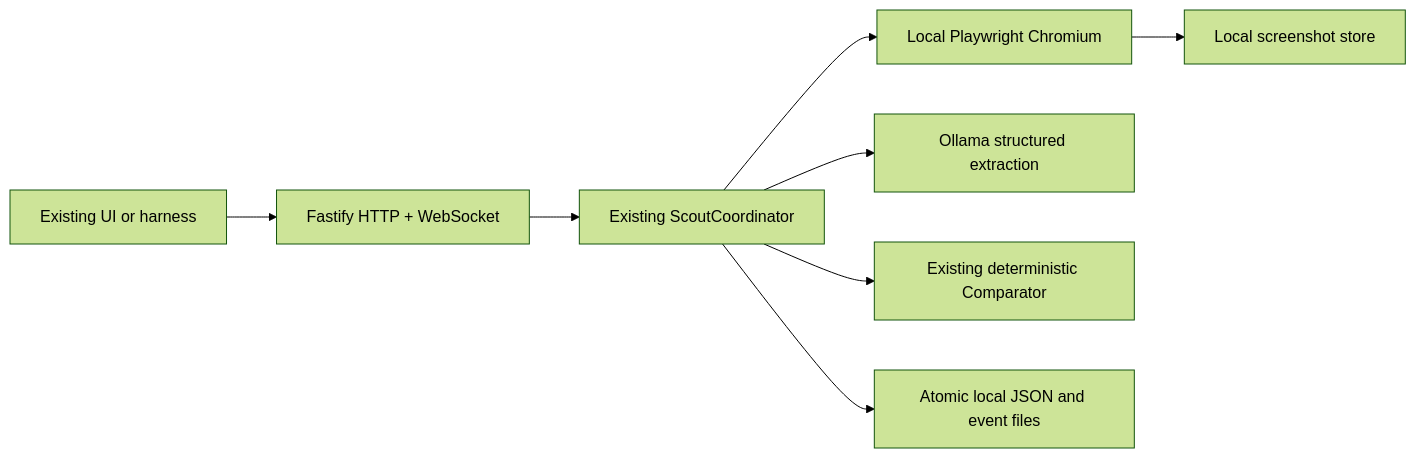
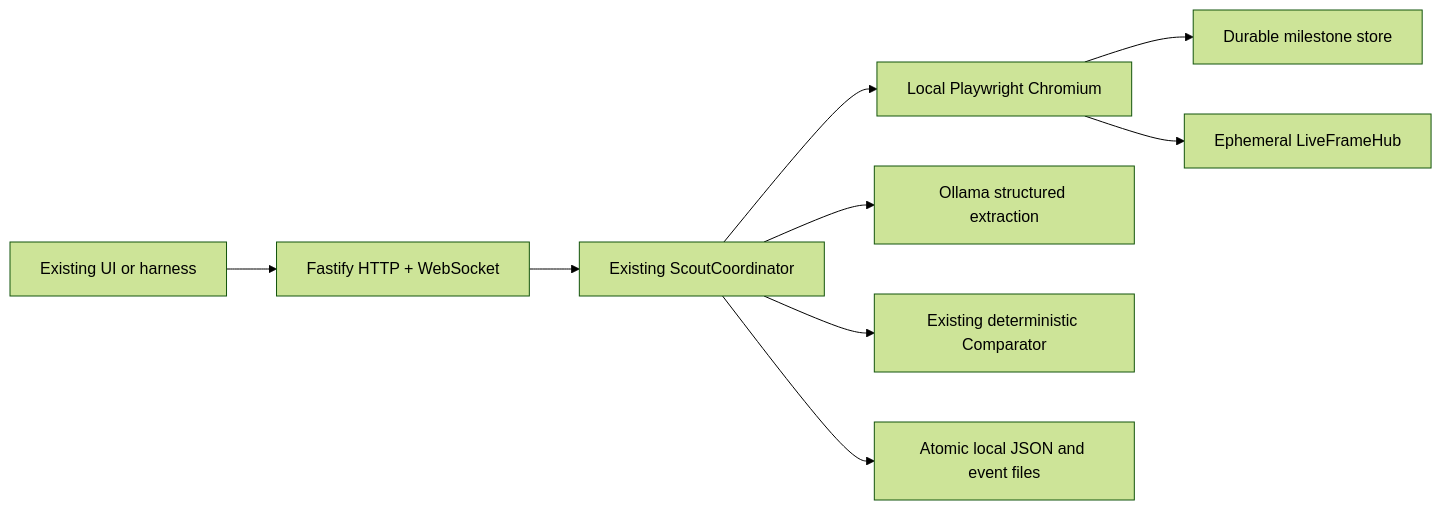
The second of 2 diagrams in README.md (itsbrandonaw/straitsxhackathonworkflowagent), drawn with Mermaid (forest theme) before and after one commit. The commit also changed other lines of this file and 24 other files, not shown here.

````diff
--- a/README.md
+++ b/README.md
@@ -610,10 +662,11 @@
 ```mermaid
 flowchart LR
   UI["Existing UI or harness"] --> API["Fastify HTTP + WebSocket"]
   API --> COORD["Existing ScoutCoordinator"]
   COORD --> LPW["Local Playwright Chromium"]
   COORD --> MODEL["Ollama structured extraction"]
   COORD --> CMP["Existing deterministic Comparator"]
   COORD --> STATE["Atomic local JSON and event files"]
-  LPW --> SHOTS["Local screenshot store"]
+  LPW --> SHOTS["Durable milestone store"]
+  LPW --> FRAMES["Ephemeral LiveFrameHub"]
 ```
````
